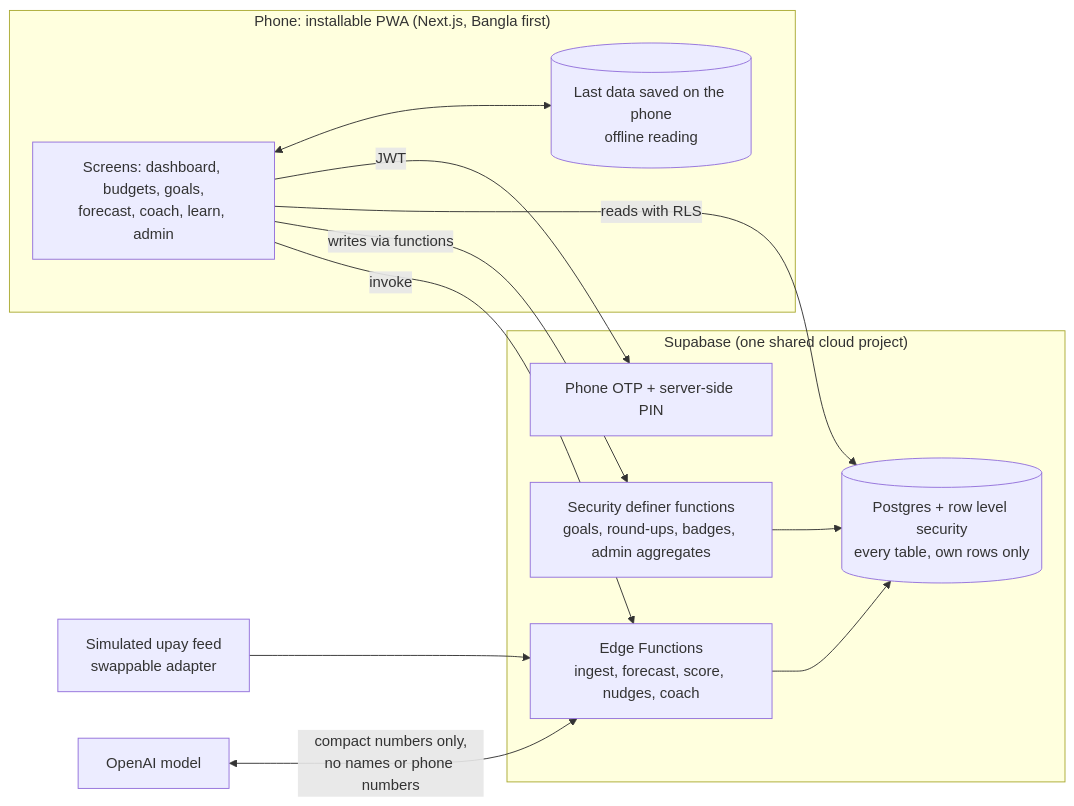
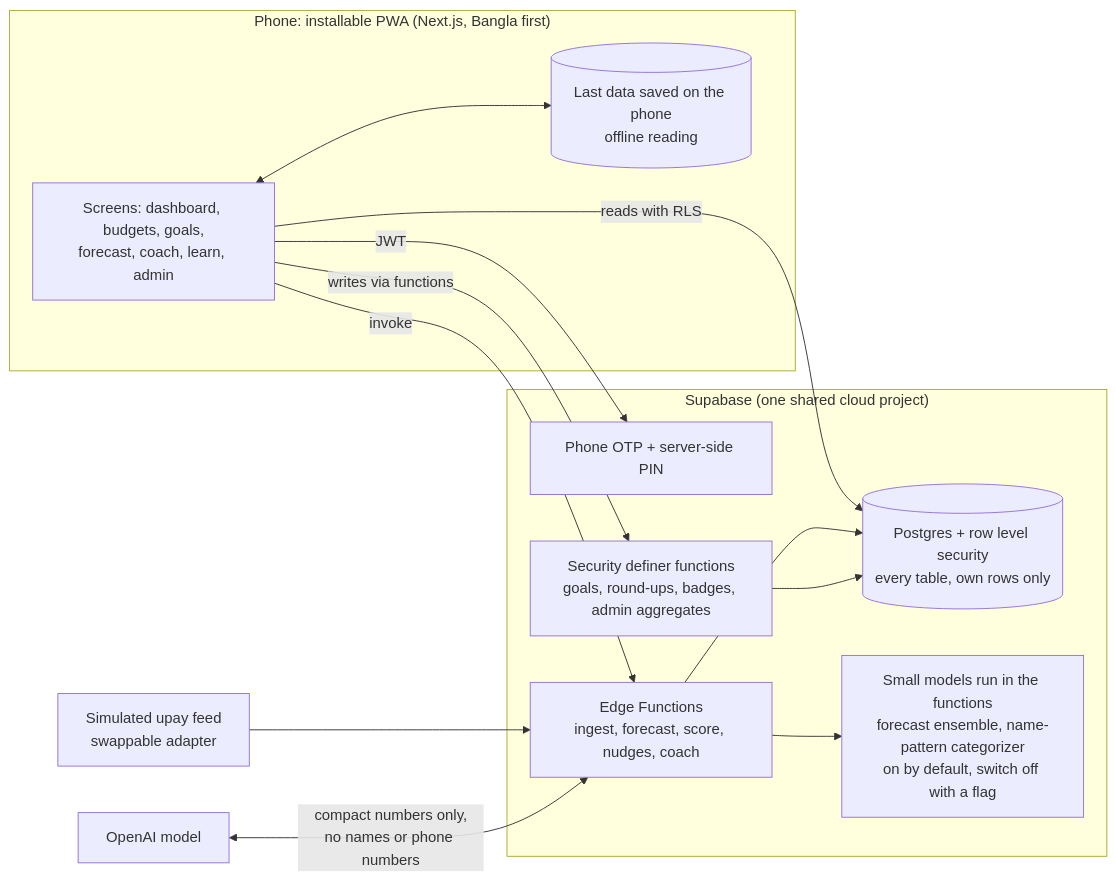
One commit to AlchemistReturns/upay-compass changed the diagram in docs/pitch/architecture.md. Above: the diagram before and after it, drawn with Mermaid. The commit also changed other lines of this file and 62 other files, not shown here.

````diff
--- a/docs/pitch/architecture.md
+++ b/docs/pitch/architecture.md
@@ -3,25 +3,27 @@
 ```mermaid
 flowchart LR
   subgraph Phone["Phone: installable PWA (Next.js, Bangla first)"]
     UI[Screens: dashboard, budgets, goals,<br/>forecast, coach, learn, admin]
     Cache[(Last data saved on the phone<br/>offline reading)]
     UI <--> Cache
   end
 
   subgraph Supabase["Supabase (one shared cloud project)"]
     Auth[Phone OTP + server-side PIN]
     DB[(Postgres + row level security<br/>every table, own rows only)]
     RPC[Security definer functions<br/>goals, round-ups, badges, admin aggregates]
     Fn[Edge Functions<br/>ingest, forecast, score, nudges, coach]
+    ML[Small models run in the functions<br/>forecast ensemble, name-pattern categorizer<br/>on by default, switch off with a flag]
+    Fn --> ML
   end
 
   Sim[Simulated upay feed<br/>swappable adapter] --> Fn
   LLM[OpenAI model] <-- "compact numbers only,<br/>no names or phone numbers" --> Fn
 
   UI -- "JWT" --> Auth
   UI -- "reads with RLS" --> DB
   UI -- "writes via functions" --> RPC
   UI -- "invoke" --> Fn
   Fn --> DB
   RPC --> DB
 ```
````
